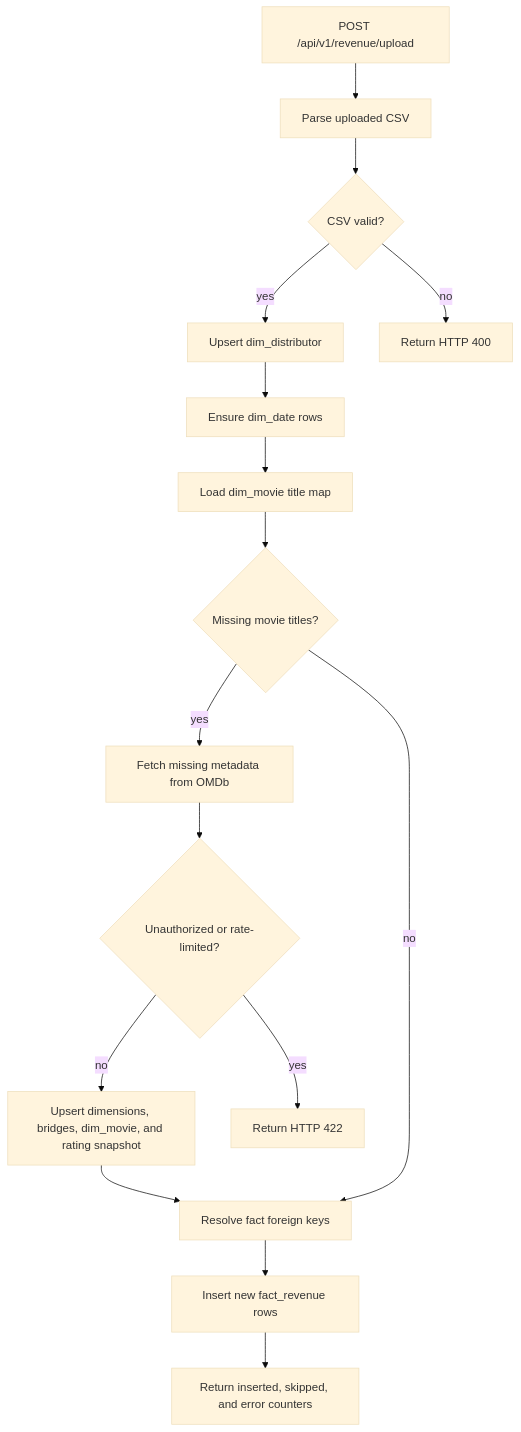
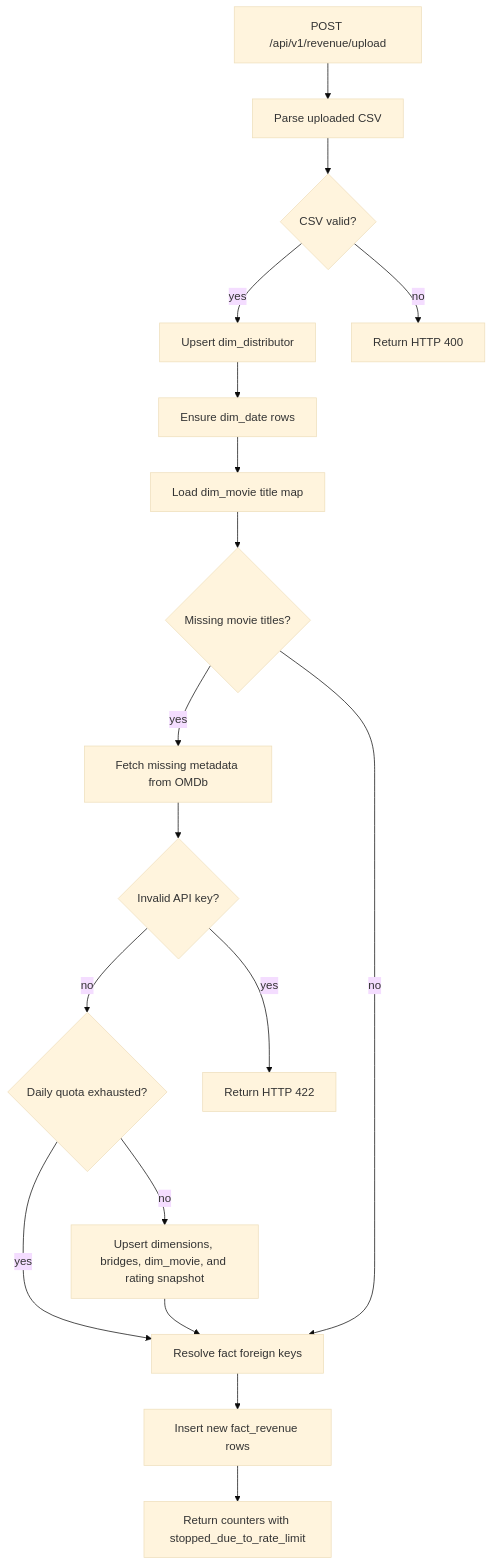
The fourth of 4 diagrams in README.md (MarcinKurek4/FM), drawn with Mermaid (base theme) before and after one commit. The commit also changed other lines of this file and 35 other files, not shown here.

````diff
--- a/README.md
+++ b/README.md
@@ -395,34 +402,37 @@
 ```mermaid
 flowchart TD
     Request["POST /api/v1/revenue/upload"]
     Parse["Parse uploaded CSV"]
     ValidCsv{"CSV valid?"}
     UpsertDistributors["Upsert dim_distributor"]
     EnsureDates["Ensure dim_date rows"]
     LoadTitleMap["Load dim_movie title map"]
     MissingTitles{"Missing movie titles?"}
     FetchMissing["Fetch missing metadata from OMDb"]
-    FatalError{"Unauthorized or rate-limited?"}
+    FatalError{"Invalid API key?"}
+    RateLimit{"Daily quota exhausted?"}
     PersistMaster["Upsert dimensions, bridges, dim_movie, and rating snapshot"]
     ResolveFacts["Resolve fact foreign keys"]
     InsertFacts["Insert new fact_revenue rows"]
-    Response["Return inserted, skipped, and error counters"]
+    Response["Return counters with stopped_due_to_rate_limit"]
     Error400["Return HTTP 400"]
     Error422["Return HTTP 422"]
 
     Request --> Parse
     Parse --> ValidCsv
     ValidCsv -- no --> Error400
     ValidCsv -- yes --> UpsertDistributors
     UpsertDistributors --> EnsureDates
     EnsureDates --> LoadTitleMap
     LoadTitleMap --> MissingTitles
     MissingTitles -- yes --> FetchMissing
     FetchMissing --> FatalError
     FatalError -- yes --> Error422
-    FatalError -- no --> PersistMaster
+    FatalError -- no --> RateLimit
+    RateLimit -- yes --> ResolveFacts
+    RateLimit -- no --> PersistMaster
     PersistMaster --> ResolveFacts
     MissingTitles -- no --> ResolveFacts
     ResolveFacts --> InsertFacts
     InsertFacts --> Response
 ```
````
